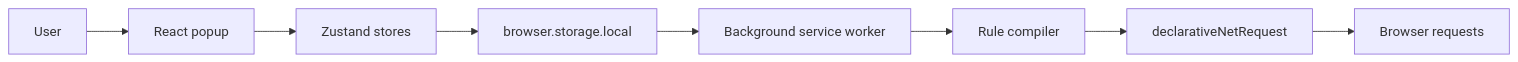
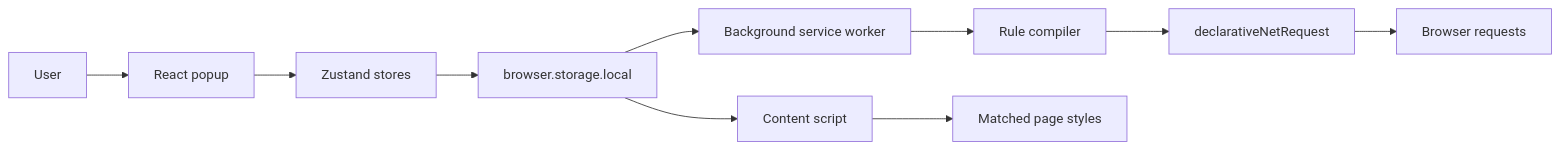
Before and after one commit to ikranjec99/echo: the diagram in docs/architecture.md, drawn with Mermaid. The commit also changed other lines of this file and 14 other files, not shown here.

````diff
--- a/docs/architecture.md
+++ b/docs/architecture.md
@@ -10,10 +10,12 @@
 ```mermaid
 flowchart LR
     User["User"] --> Popup["React popup"]
     Popup --> Store["Zustand stores"]
     Store --> Storage["browser.storage.local"]
     Storage --> Worker["Background service worker"]
     Worker --> Compiler["Rule compiler"]
     Compiler --> DNR["declarativeNetRequest"]
     DNR --> Requests["Browser requests"]
+    Storage --> Content["Content script"]
+    Content --> Pages["Matched page styles"]
 ```
````
